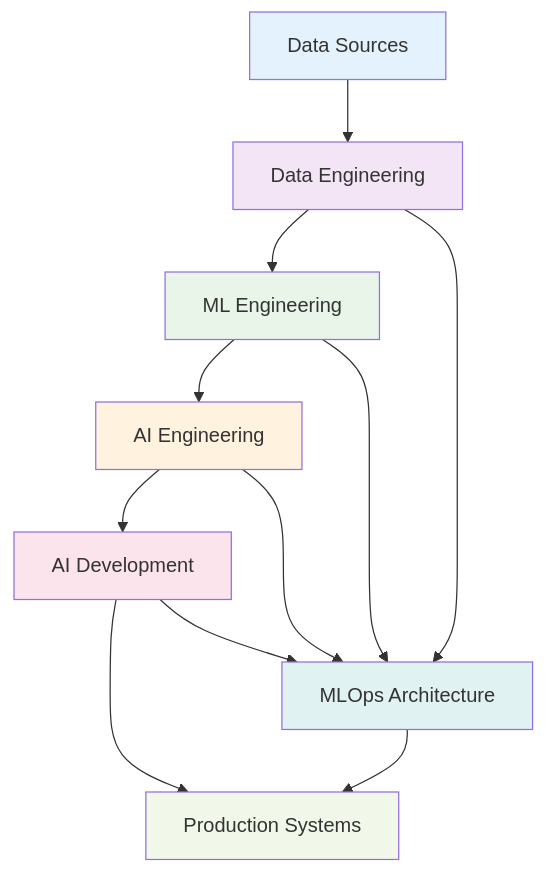
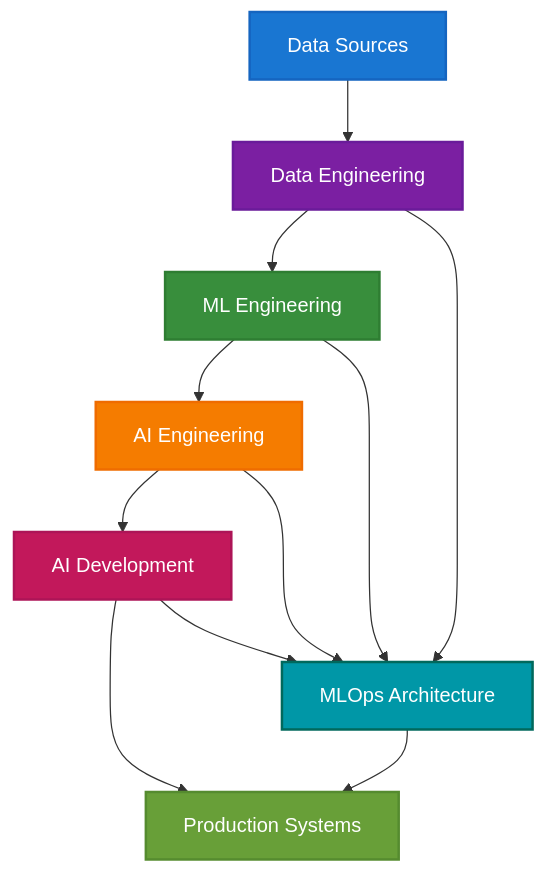
One commit to khaosans/articles changed the first of 2 diagrams in README.md. Above: the diagram before and after it, drawn with Mermaid. The commit also changed other lines of this file and 5 other files, not shown here.

First line of the commit message:
docs: improve Mermaid diagram readability and clean up footer text

````diff
--- a/README.md
+++ b/README.md
@@ -92,22 +92,22 @@
 ```mermaid
 flowchart TD
     A[Data Sources] --> B[Data Engineering]
     B --> C[ML Engineering]
     C --> D[AI Engineering]
     D --> E[AI Development]
     E --> F[Production Systems]
     
     B --> G[MLOps Architecture]
     C --> G
     D --> G
     E --> G
     G --> F
     
-    style A fill:#e3f2fd
-    style B fill:#f3e5f5
-    style C fill:#e8f5e8
-    style D fill:#fff3e0
-    style E fill:#fce4ec
-    style F fill:#f1f8e9
-    style G fill:#e0f2f1
+    style A fill:#1976d2,stroke:#1565c0,stroke-width:2px,color:#ffffff
+    style B fill:#7b1fa2,stroke:#6a1b9a,stroke-width:2px,color:#ffffff
+    style C fill:#388e3c,stroke:#2e7d32,stroke-width:2px,color:#ffffff
+    style D fill:#f57c00,stroke:#ef6c00,stroke-width:2px,color:#ffffff
+    style E fill:#c2185b,stroke:#ad1457,stroke-width:2px,color:#ffffff
+    style F fill:#689f38,stroke:#558b2f,stroke-width:2px,color:#ffffff
+    style G fill:#0097a7,stroke:#00695c,stroke-width:2px,color:#ffffff
 ```
````
